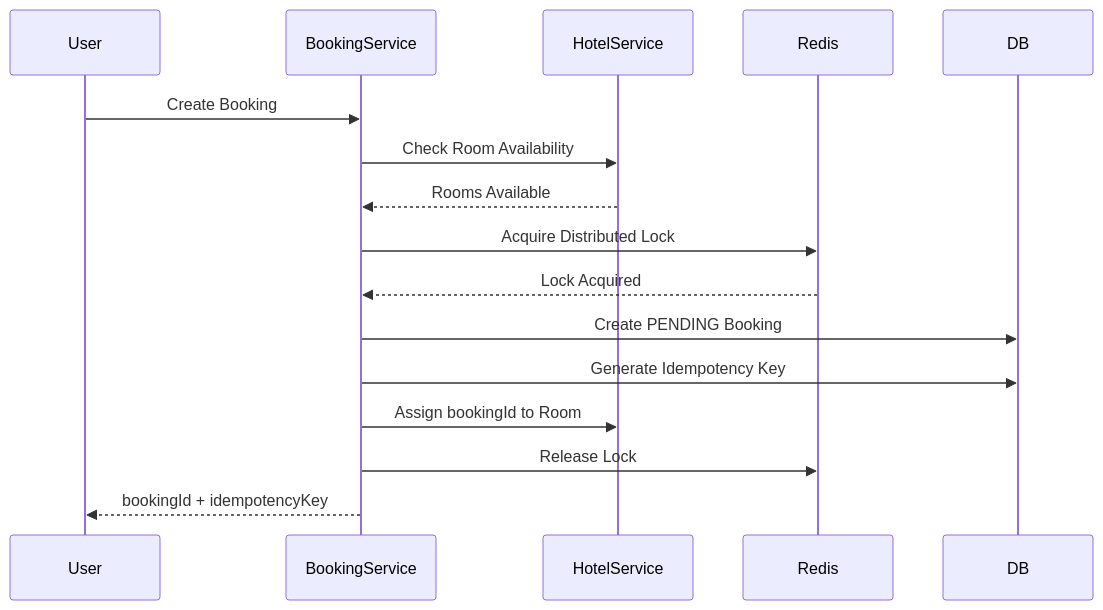
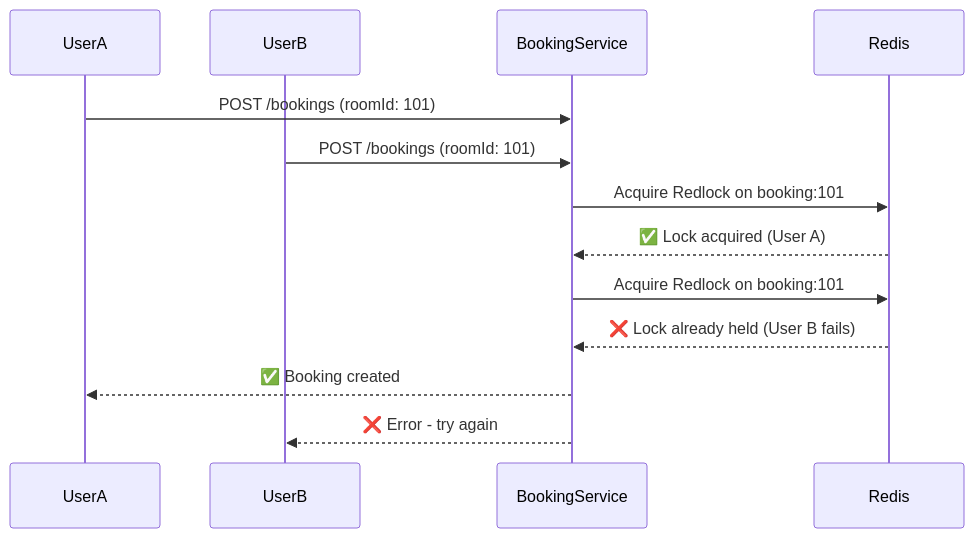
Before and after one commit to saisathwik22/Airbnb-Node: the second of 10 diagrams in README.md, drawn with Mermaid. The commit also changed other lines of this file, not shown here.

````diff
--- a/README.md
+++ b/README.md
@@ -208,28 +173,19 @@
 ```mermaid
 sequenceDiagram
-    participant User
+    participant UserA
+    participant UserB
     participant BookingService
-    participant HotelService
     participant Redis
-    participant DB
 
-    User->>BookingService: Create Booking
+    UserA->>BookingService: POST /bookings (roomId: 101)
+    UserB->>BookingService: POST /bookings (roomId: 101)
 
-    BookingService->>HotelService: Check Room Availability
+    BookingService->>Redis: Acquire Redlock on booking:101
+    Redis-->>BookingService: ✅ Lock acquired (User A)
 
-    HotelService-->>BookingService: Rooms Available
+    BookingService->>Redis: Acquire Redlock on booking:101
+    Redis-->>BookingService: ❌ Lock already held (User B fails)
 
-    BookingService->>Redis: Acquire Distributed Lock
-
-    Redis-->>BookingService: Lock Acquired
-
-    BookingService->>DB: Create PENDING Booking
-
-    BookingService->>DB: Generate Idempotency Key
-
-    BookingService->>HotelService: Assign bookingId to Room
-
-    BookingService->>Redis: Release Lock
-
-    BookingService-->>User: bookingId + idempotencyKey
+    BookingService-->>UserA: ✅ Booking created
+    BookingService-->>UserB: ❌ Error - try again
 ```
````
